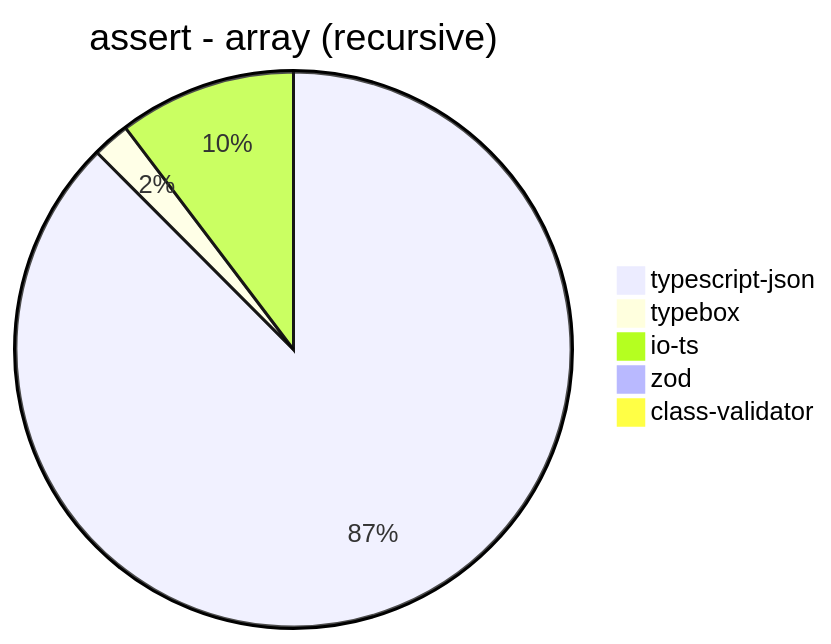
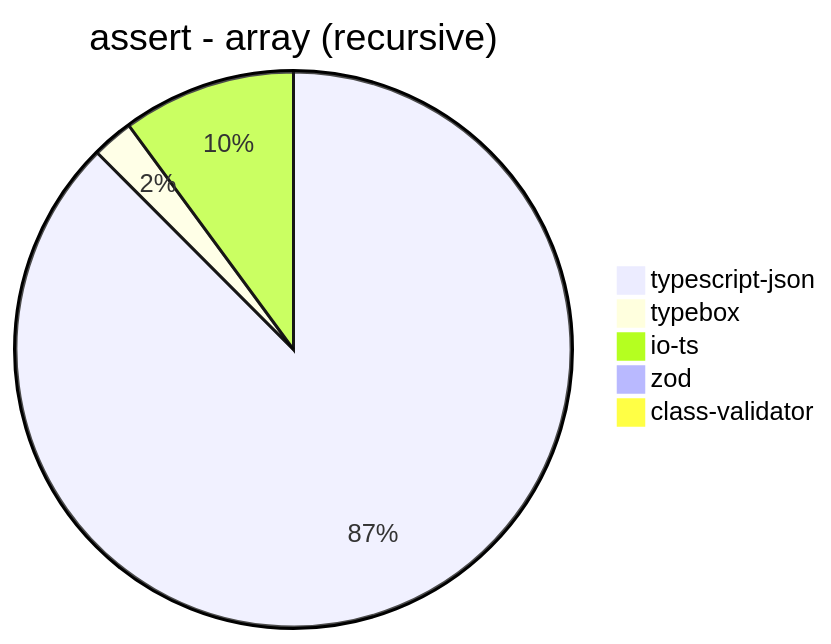
Diagram 13 of 39 in benchmark/results/AMD Ryzen 7 5800H with Radeon Graphics.md (samchon/typia), drawn with Mermaid before and after one commit. The commit also changed other lines of this file and 3 other files, not shown here.

````diff
--- a/benchmark/results/AMD Ryzen 7 5800H with Radeon Graphics.md
+++ b/benchmark/results/AMD Ryzen 7 5800H with Radeon Graphics.md
@@ -166,8 +166,8 @@
 ```mermaid
 pie title assert - array (recursive)
-  "typescript-json": 1561.7746162485962
-  "typebox": 38.49645905211549
-  "io-ts": 184.18121054585964
-  "zod": 8.679245283018869
-  "class-validator": 3.4207525655644244
+  "typescript-json": 1492.7889117812324
+  "typebox": 40.7709414381023
+  "io-ts": 172.08697268165767
+  "zod": 8.846226237530585
+  "class-validator": 3.2021096251648142
 ```
````
